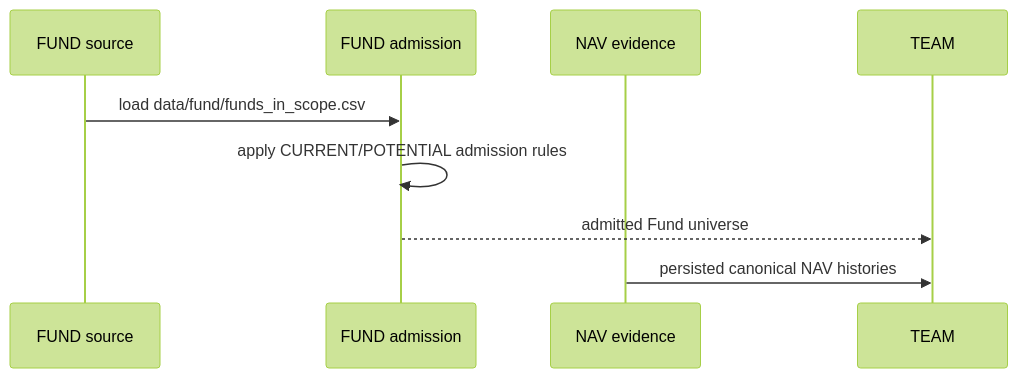
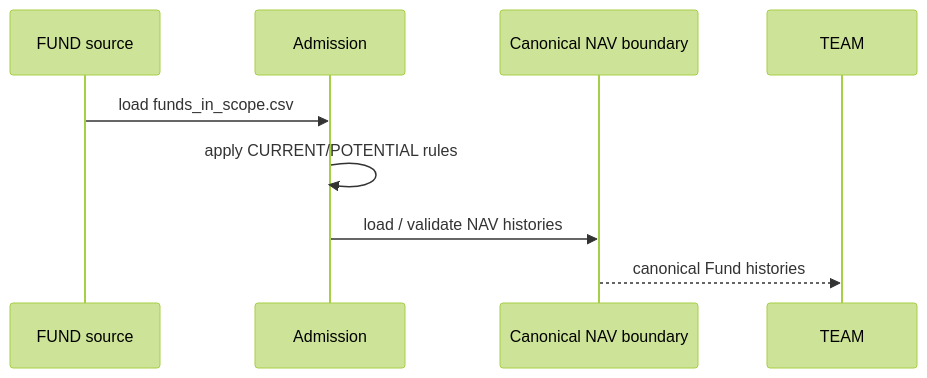
One commit to rrajeshkannan/lakshya changed the fifth of 13 diagrams in docs/Lakshya_Pipeline_Sequence.md. Above: the diagram before and after it, drawn with Mermaid (forest theme). The commit also changed other lines of this file, not shown here.

Commit message:
DOCS: extend pipeline sequence through transition boundary

````diff
--- a/docs/Lakshya_Pipeline_Sequence.md
+++ b/docs/Lakshya_Pipeline_Sequence.md
@@ -191,12 +172,12 @@
 ```mermaid
 sequenceDiagram
     participant Source as FUND source
-    participant Admission as FUND admission
-    participant NAV as NAV evidence
+    participant Admission as Admission
+    participant NAV as Canonical NAV boundary
     participant TEAM as TEAM
 
-    Source->>Admission: load data/fund/funds_in_scope.csv
-    Admission->>Admission: apply CURRENT/POTENTIAL admission rules
-    Admission-->>TEAM: admitted Fund universe
-    NAV->>TEAM: persisted canonical NAV histories
+    Source->>Admission: load funds_in_scope.csv
+    Admission->>Admission: apply CURRENT/POTENTIAL rules
+    Admission->>NAV: load / validate NAV histories
+    NAV-->>TEAM: canonical Fund histories
 ```
````
